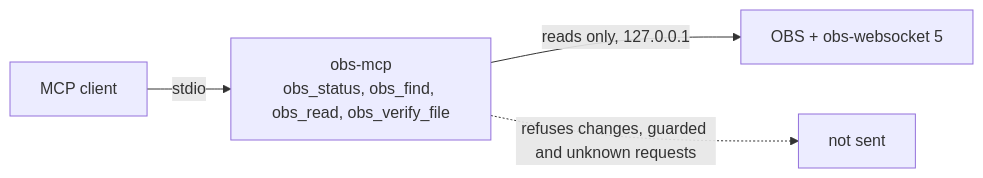
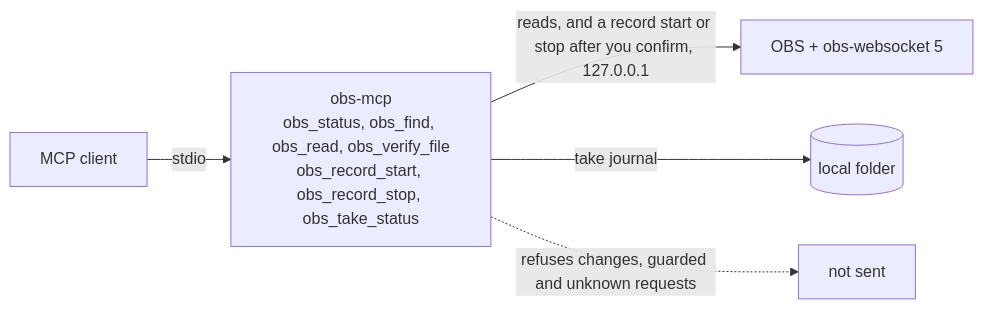
The diagram in README.md (erickb336/obs-mcp), drawn with Mermaid before and after one commit. The commit also changed other lines of this file and 8 other files, not shown here.

````diff
--- a/README.md
+++ b/README.md
@@ -18,6 +18,7 @@
 ```mermaid
 flowchart LR
-  A[MCP client] -- stdio --> S[obs-mcp<br/>obs_status, obs_find, obs_read, obs_verify_file]
-  S -- reads only, 127.0.0.1 --> O[OBS + obs-websocket 5]
+  A[MCP client] -- stdio --> S[obs-mcp<br/>obs_status, obs_find, obs_read, obs_verify_file<br/>obs_record_start, obs_record_stop, obs_take_status]
+  S -- reads, and a record start or stop after you confirm, 127.0.0.1 --> O[OBS + obs-websocket 5]
+  S -- take journal --> J[(local folder)]
   S -. refuses changes, guarded and unknown requests .-> X[not sent]
 ```
````
